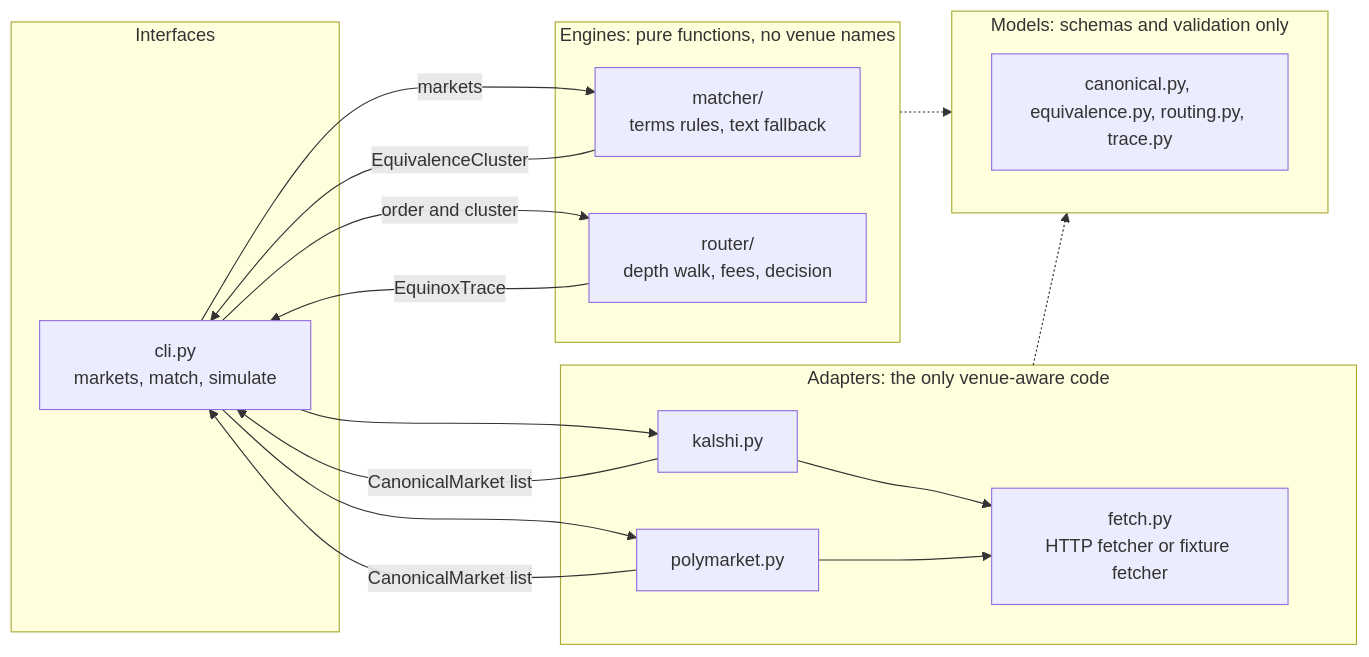
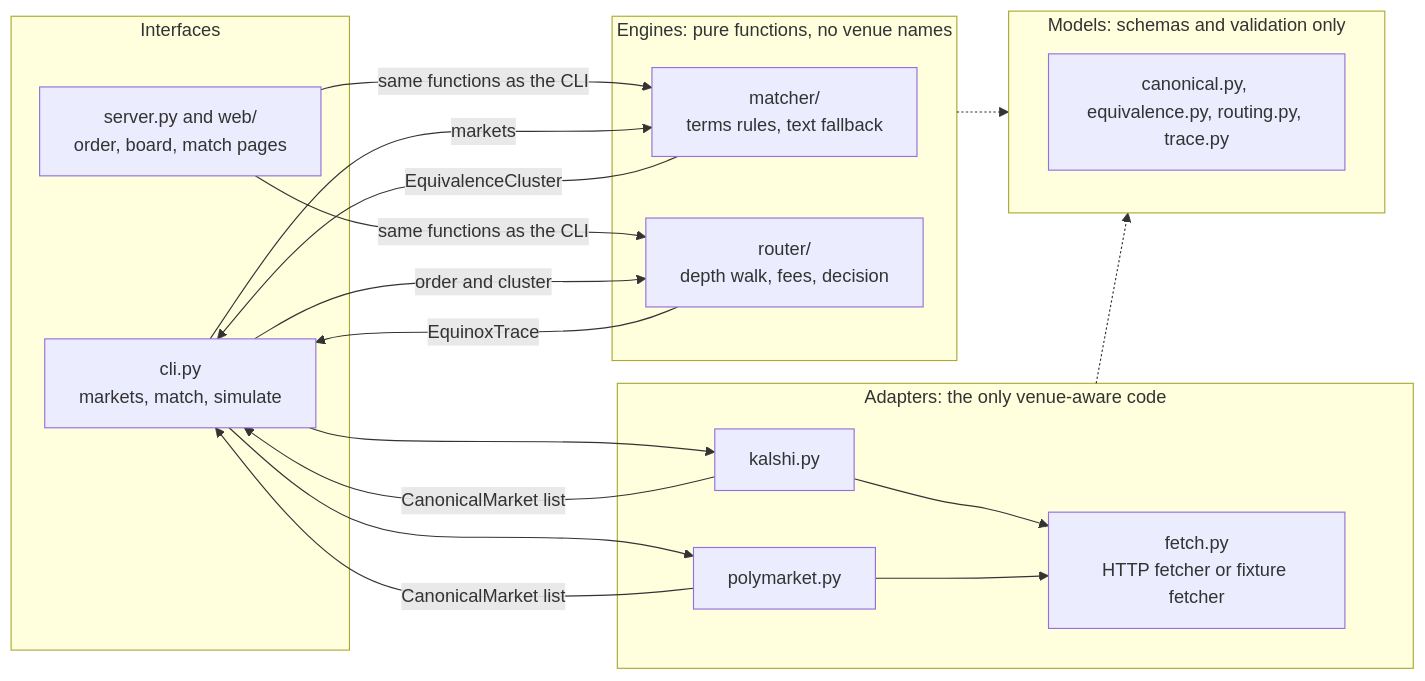
Before and after one commit to joshuatagoe/project-equinox: the diagram in README.md, drawn with Mermaid. The commit also changed other lines of this file and 16 other files, not shown here.

````diff
--- a/README.md
+++ b/README.md
@@ -70,27 +83,29 @@
 ```mermaid
 flowchart LR
     subgraph IN["Interfaces"]
         CLI["cli.py<br/>markets, match, simulate"]
+        UI["server.py and web/<br/>order, board, match pages"]
     end
     subgraph AD["Adapters: the only venue-aware code"]
         K["kalshi.py"]
         P["polymarket.py"]
         F["fetch.py<br/>HTTP fetcher or fixture fetcher"]
     end
     subgraph EN["Engines: pure functions, no venue names"]
         MA["matcher/<br/>terms rules, text fallback"]
         RO["router/<br/>depth walk, fees, decision"]
     end
     subgraph MO["Models: schemas and validation only"]
         CM["canonical.py, equivalence.py, routing.py, trace.py"]
     end
     CLI --> K & P
+    UI -->|same functions as the CLI| MA & RO
     K & P --> F
     K & P -->|CanonicalMarket list| CLI
     CLI -->|markets| MA
     MA -->|EquivalenceCluster| CLI
     CLI -->|order and cluster| RO
     RO -->|EquinoxTrace| CLI
     AD -.-> MO
     EN -.-> MO
 ```
````
